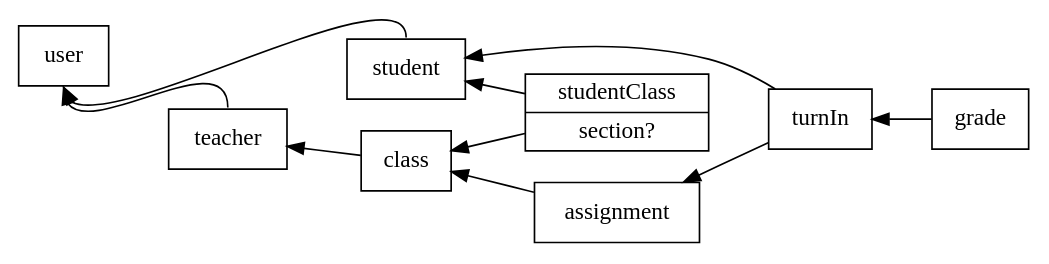
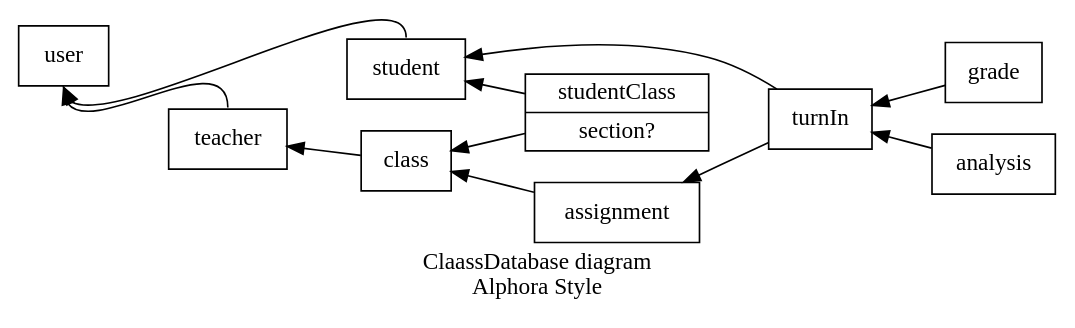
Before and after one commit to mckaysalisbury/grades: the diagram in db.gv, drawn with Graphviz. The commit also changed 1 other file, not shown here.

```diff
--- a/db.gv
+++ b/db.gv
@@ -1,14 +1,15 @@
 digraph db {
+    label="ClaassDatabase diagram\nAlphora Style"
     rankdir=RL
     node [shape=record]
     student
     class
     studentClass [label="studentClass|section?"]
     studentClass -> student, class
     turnIn -> student, assignment
     user
-    grade -> turnIn
+    grade, analysis -> turnIn
     student:n, teacher:n -> user:s
 
     assignment -> class -> teacher
 }
```
